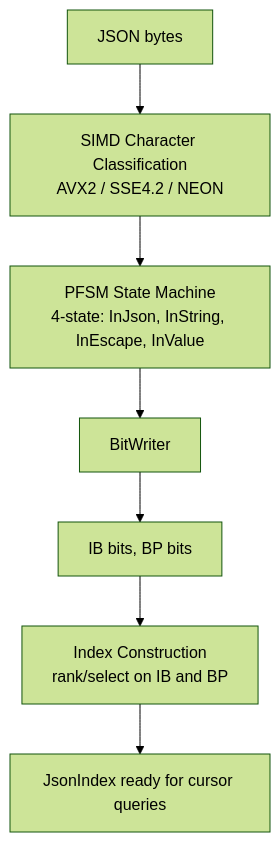
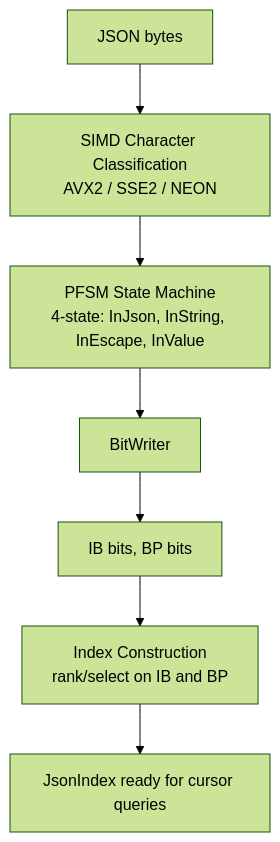
One commit to rust-works/succinctly changed the diagram in docs/parsing/json-index.md. Above: the diagram before and after it, drawn with Mermaid (forest theme). The commit also changed other lines of this file and 9 other files, not shown here.

First line of the commit message:
docs(docs): drop stale JSON SSE4.2/BMI2 SIMD claims (#184)

````diff
--- a/docs/parsing/json-index.md
+++ b/docs/parsing/json-index.md
@@ -21,9 +21,9 @@
 ```mermaid
 graph TD
-    A[JSON bytes] --> B[SIMD Character Classification\nAVX2 / SSE4.2 / NEON]
+    A[JSON bytes] --> B[SIMD Character Classification\nAVX2 / SSE2 / NEON]
     B --> C[PFSM State Machine\n4-state: InJson, InString, InEscape, InValue]
     C --> D[BitWriter]
     D --> E[IB bits, BP bits]
     E --> F[Index Construction\nrank/select on IB and BP]
     F --> G[JsonIndex ready for cursor queries]
 ```
````
